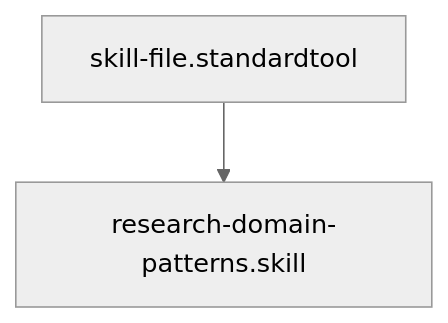
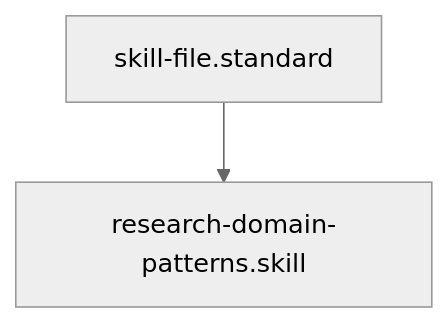
The diagram in skills/research-domain-patterns.skill.md (Gizmo4Life/ai-kernel), drawn with Mermaid (neutral theme) before and after one commit. The commit also changed other lines of this file and 89 other files, not shown here.

````diff
--- a/skills/research-domain-patterns.skill.md
+++ b/skills/research-domain-patterns.skill.md
@@ -25,4 +26,4 @@
 ```mermaid
 graph TD
-    skill-file.standardtool --> research-domain-patterns.skill
+    skill-file.standard --> research-domain-patterns.skill
 ```
````
